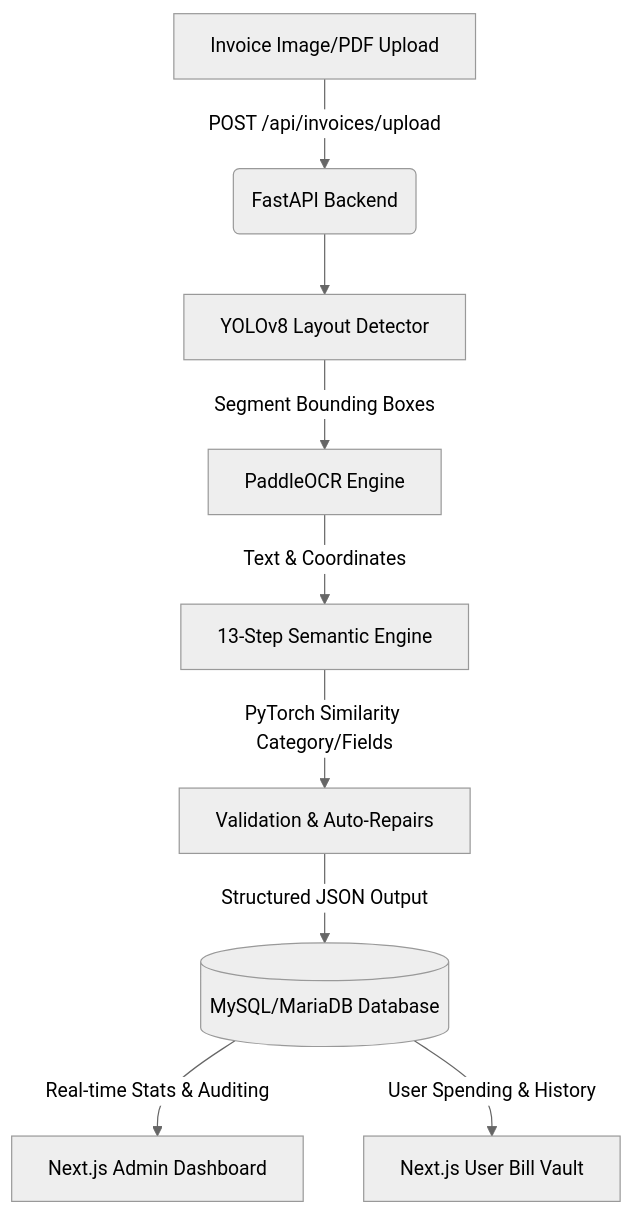
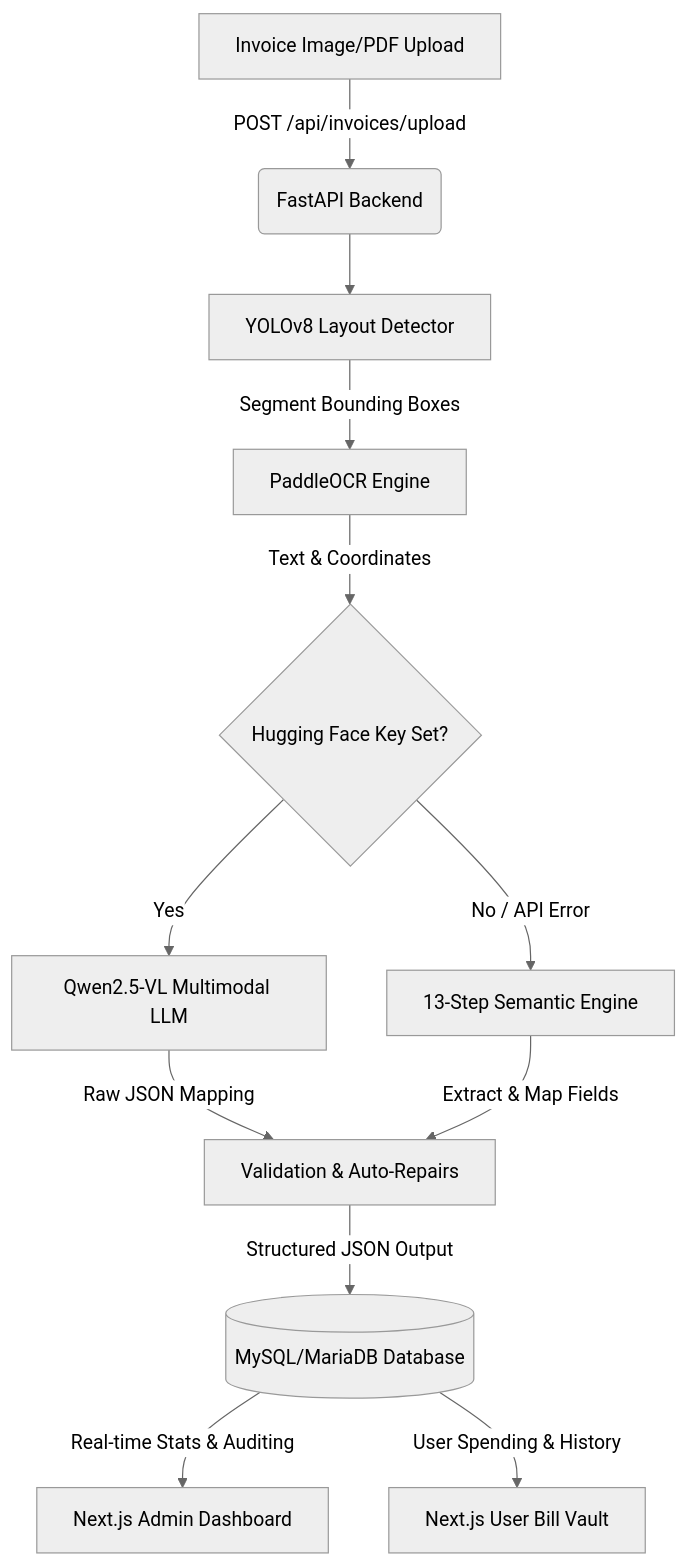
The diagram in README.md (princeprajapati01/BillVaultAI), drawn with Mermaid (neutral theme) before and after one commit. The commit also changed other lines of this file and 13 other files, not shown here.

````diff
--- a/README.md
+++ b/README.md
@@ -13,11 +44,14 @@
 ```mermaid
 graph TD
     A[Invoice Image/PDF Upload] -->|POST /api/invoices/upload| B(FastAPI Backend)
     B --> C[YOLOv8 Layout Detector]
     C -->|Segment Bounding Boxes| D[PaddleOCR Engine]
-    D -->|Text & Coordinates| E[13-Step Semantic Engine]
-    E -->|PyTorch Similarity Category/Fields| F[Validation & Auto-Repairs]
-    F -->|Structured JSON Output| G[(MySQL/MariaDB Database)]
-    G -->|Real-time Stats & Auditing| H[Next.js Admin Dashboard]
-    G -->|User Spending & History| I[Next.js User Bill Vault]
+    D -->|Text & Coordinates| E{Hugging Face Key Set?}
+    E -->|Yes| F[Qwen2.5-VL Multimodal LLM]
+    E -->|No / API Error| G[13-Step Semantic Engine]
+    F -->|Raw JSON Mapping| H[Validation & Auto-Repairs]
+    G -->|Extract & Map Fields| H
+    H -->|Structured JSON Output| I[(MySQL/MariaDB Database)]
+    I -->|Real-time Stats & Auditing| J[Next.js Admin Dashboard]
+    I -->|User Spending & History| K[Next.js User Bill Vault]
 ```
````
